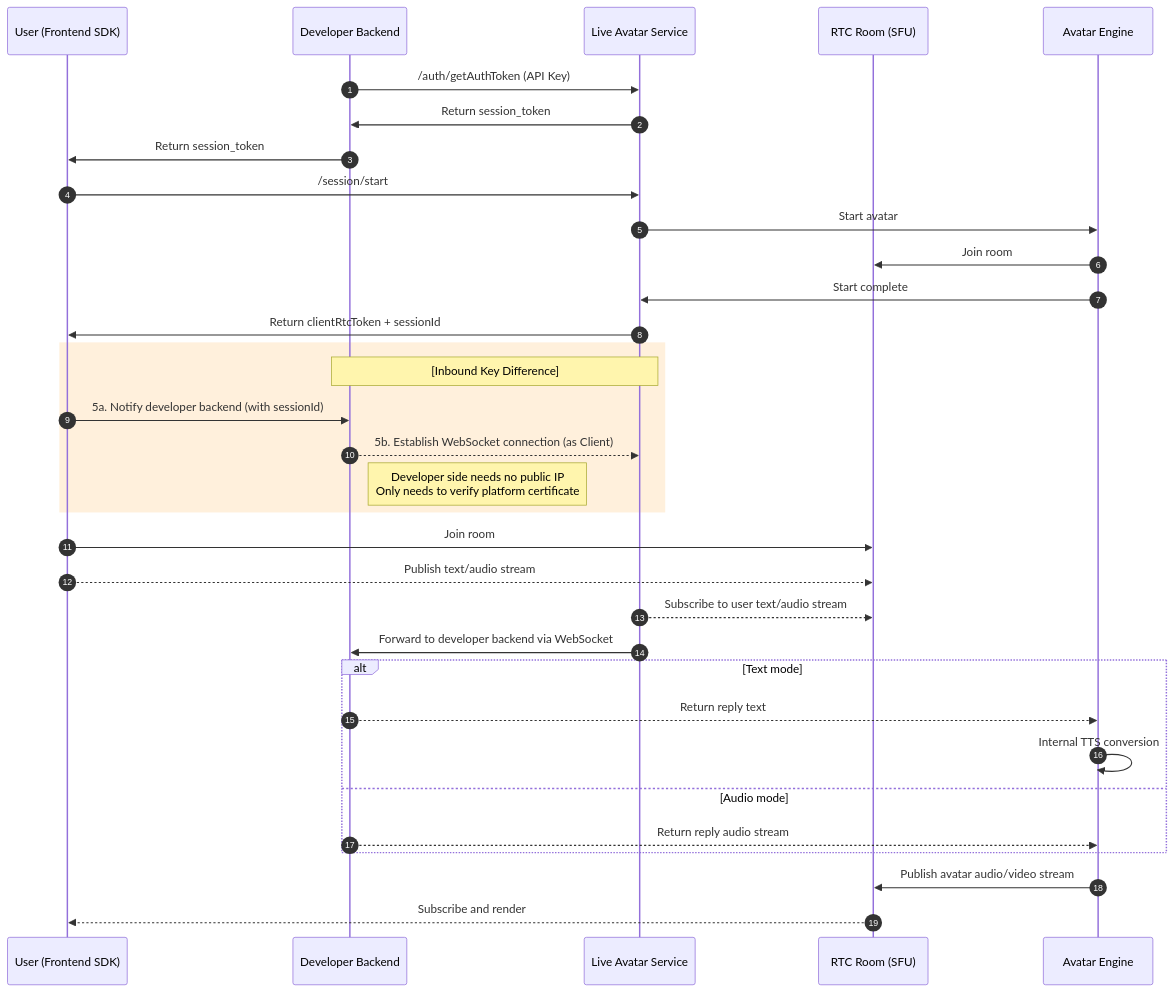
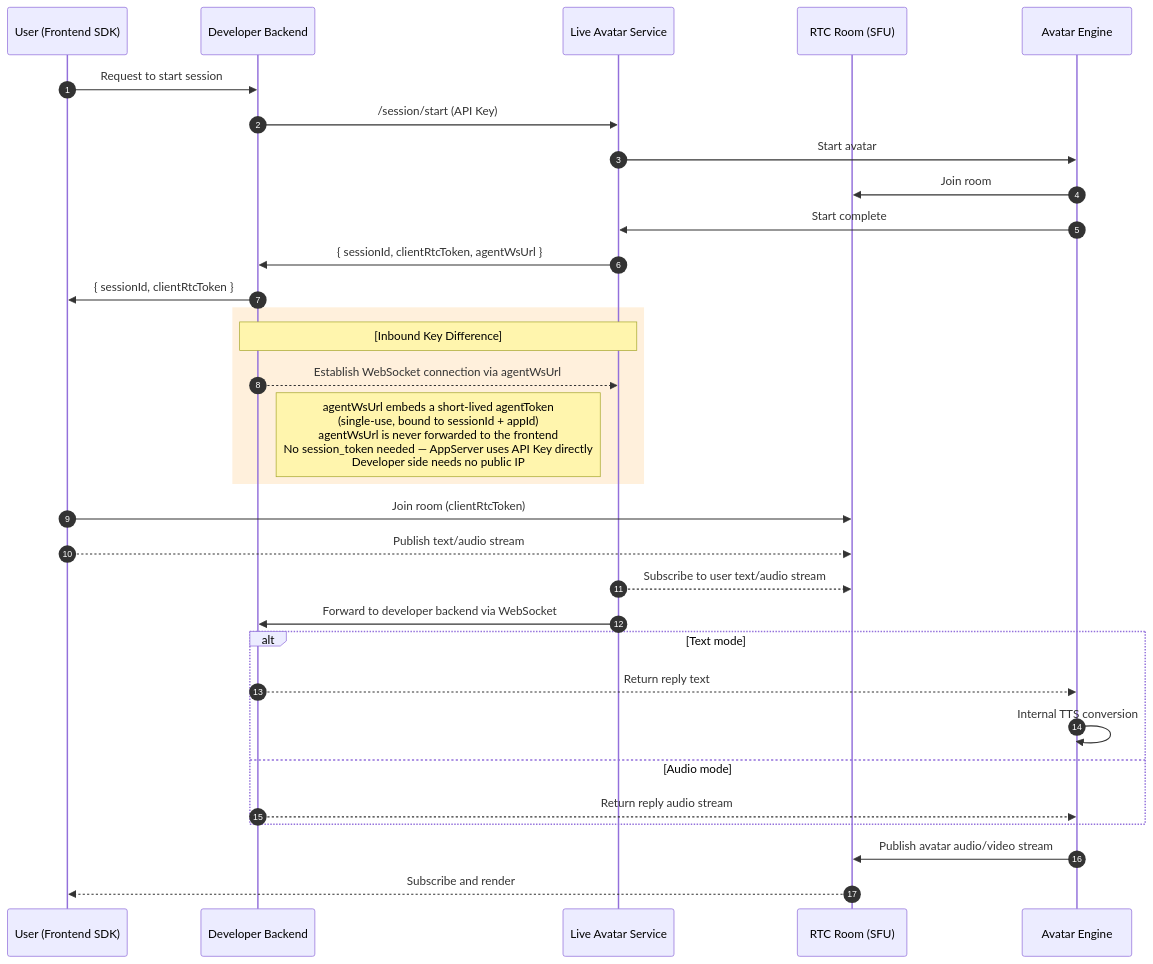
One commit to newportAI-lab/liveavatar-channel-python changed the first of 3 diagrams in PROTOCOL.md. Above: the diagram before and after it, drawn with Mermaid. The commit also changed other lines of this file and 7 other files, not shown here.

````diff
--- a/PROTOCOL.md
+++ b/PROTOCOL.md
@@ -80,47 +80,44 @@
 ```mermaid
 sequenceDiagram
     autonumber
     participant User as User (Frontend SDK)
     participant AppServer as Developer Backend
     participant Platform as Live Avatar Service
     participant RTC as RTC Room (SFU)
     participant Avatar as Avatar Engine
 
-    %% 1. Auth & Initialization
-    AppServer->>Platform: /auth/getAuthToken (API Key)
-    Platform->>AppServer: Return session_token
-    AppServer->>User: Return session_token
-
-    User->>Platform: /session/start
+    %% 1. Session Start (server-side, API Key auth)
+    User->>AppServer: Request to start session
+    AppServer->>Platform: /session/start (API Key)
     Platform->>Avatar: Start avatar
     Avatar->>RTC: Join room
     Avatar->>Platform: Start complete
-    Platform->>User: Return clientRtcToken + sessionId
+    Platform->>AppServer: { sessionId, clientRtcToken, agentWsUrl }
+    AppServer->>User: { sessionId, clientRtcToken }
 
     %% Key difference: Inbound mode connection initiation
     rect rgb(255, 240, 220)
     Note over AppServer, Platform: [Inbound Key Difference]
-    User->>AppServer: 5a. Notify developer backend (with sessionId)
-    AppServer-->>Platform: 5b. Establish WebSocket connection (as Client)
-    Note right of AppServer: Developer side needs no public IP<br/>Only needs to verify platform certificate
+    AppServer-->>Platform: Establish WebSocket connection via agentWsUrl
+    Note right of AppServer: agentWsUrl embeds a short-lived agentToken<br/>(single-use, bound to sessionId + appId)<br/>agentWsUrl is never forwarded to the frontend<br/>No session_token needed — AppServer uses API Key directly<br/>Developer side needs no public IP
     end
 
     %% 2. RTC link establishment
-    User->>RTC: Join room
+    User->>RTC: Join room (clientRtcToken)
     User-->>RTC: Publish text/audio stream
 
     %% 3. Core business loop
     Platform-->>RTC: Subscribe to user text/audio stream
     Platform->>AppServer: Forward to developer backend via WebSocket
 
     alt Text mode
         AppServer-->>Avatar: Return reply text
         Avatar->>Avatar: Internal TTS conversion
     else Audio mode
         AppServer-->>Avatar: Return reply audio stream
     end
 
     %% 4. Avatar feedback
     Avatar->>RTC: Publish avatar audio/video stream
     RTC-->>User: Subscribe and render
 ```
````
